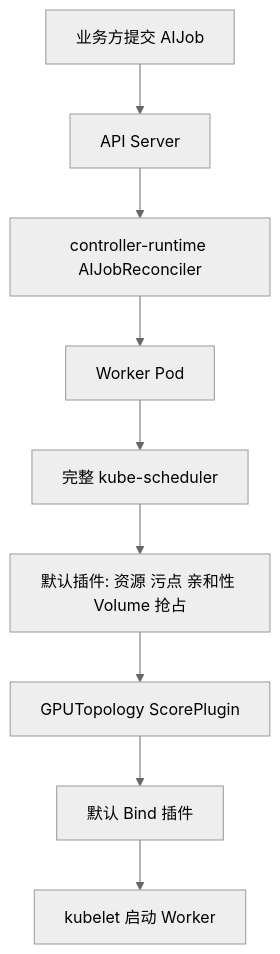
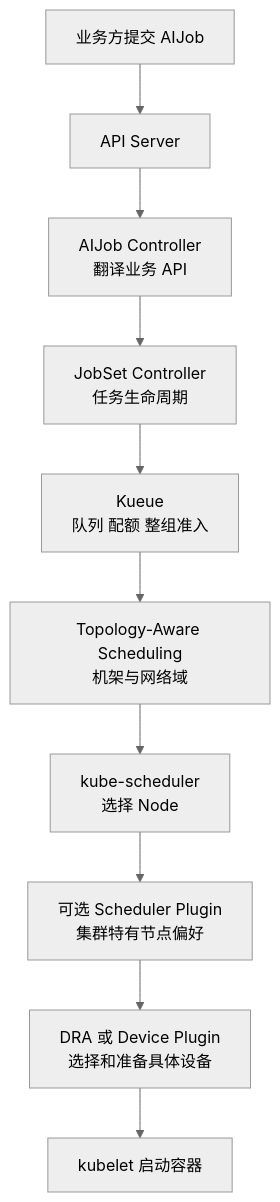
One commit to tihaya-anon/ai-infra changed the first of 3 diagrams in docs/tutorial.md. Above: the diagram before and after it, drawn with Mermaid (neutral theme). The commit also changed other lines of this file and 1 other file, not shown here.

Commit message:
docs: describe production AI job architecture

````diff
--- a/docs/tutorial.md
+++ b/docs/tutorial.md
@@ -48,21 +41,23 @@
 ```mermaid
 flowchart TD
     User[业务方提交 AIJob]
     API[API Server]
-    Controller[controller-runtime AIJobReconciler]
-    Pod[Worker Pod]
-    Scheduler[完整 kube-scheduler]
-    Defaults[默认插件: 资源 污点 亲和性 Volume 抢占]
-    GPU[GPUTopology ScorePlugin]
-    Bind[默认 Bind 插件]
-    Kubelet[kubelet 启动 Worker]
+    Adapter[AIJob Controller<br/>翻译业务 API]
+    JobSet[JobSet Controller<br/>任务生命周期]
+    Kueue[Kueue<br/>队列 配额 整组准入]
+    TAS[Topology-Aware Scheduling<br/>机架与网络域]
+    Scheduler[kube-scheduler<br/>选择 Node]
+    Plugin[可选 Scheduler Plugin<br/>集群特有节点偏好]
+    DRA[DRA 或 Device Plugin<br/>选择和准备具体设备]
+    Kubelet[kubelet 启动容器]
 
     User --> API
-    API --> Controller
-    Controller --> Pod
-    Pod --> Scheduler
-    Scheduler --> Defaults
-    Defaults --> GPU
-    GPU --> Bind
-    Bind --> Kubelet
+    API --> Adapter
+    Adapter --> JobSet
+    JobSet --> Kueue
+    Kueue --> TAS
+    TAS --> Scheduler
+    Scheduler --> Plugin
+    Plugin --> DRA
+    DRA --> Kubelet
 ```
````
